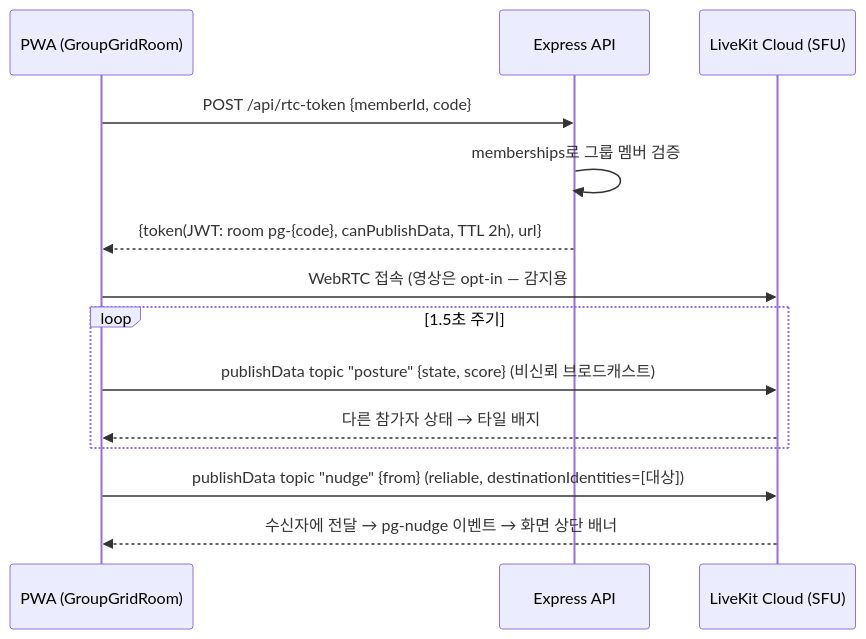
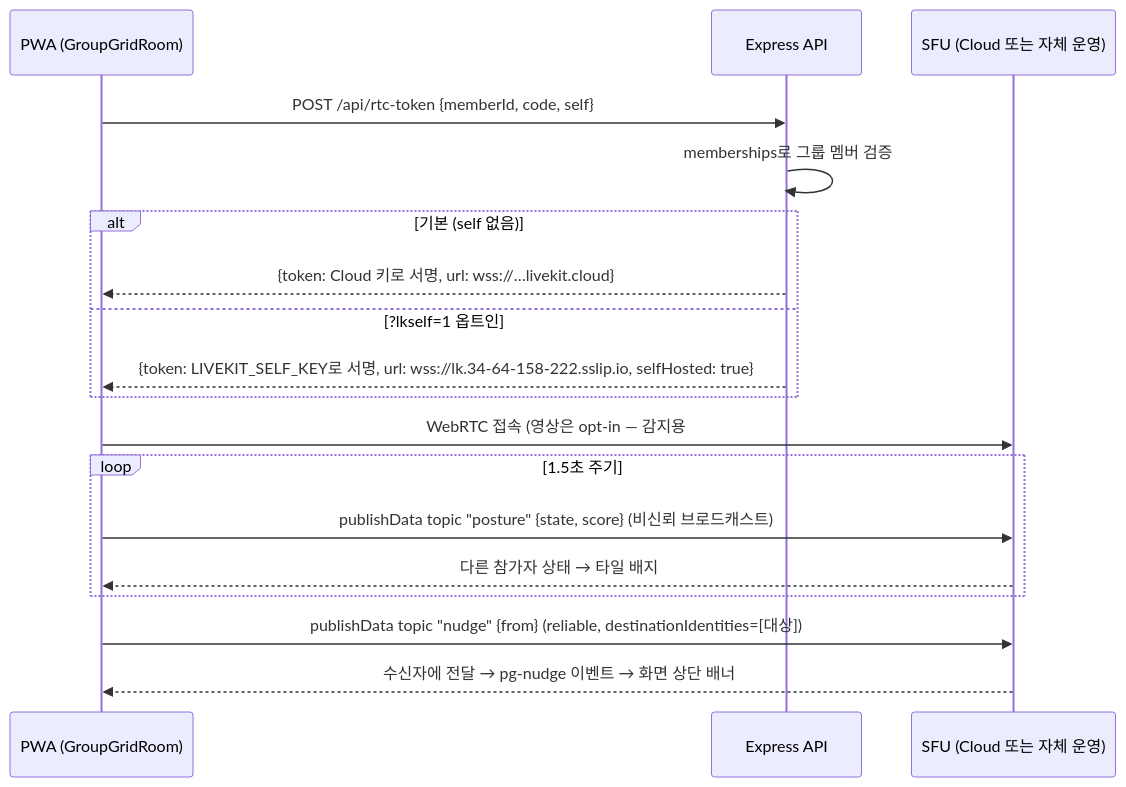
Before and after one commit to jungwon123/posture-guard: the fourth of 4 diagrams in docs/시스템-아키텍처.md, drawn with Mermaid. The commit also changed other lines of this file, not shown here.

First line of the commit message:
docs: 아키텍처 문서에 LiveKit 셀프호스팅 반영

````diff
--- a/docs/시스템-아키텍처.md
+++ b/docs/시스템-아키텍처.md
@@ -203,17 +210,21 @@
 ```mermaid
 sequenceDiagram
   participant C as PWA (GroupGridRoom)
   participant S as Express API
-  participant LK as LiveKit Cloud (SFU)
+  participant LK as SFU (Cloud 또는 자체 운영)
 
-  C->>S: POST /api/rtc-token {memberId, code}
+  C->>S: POST /api/rtc-token {memberId, code, self}
   S->>S: memberships로 그룹 멤버 검증
-  S-->>C: {token(JWT: room pg-{code}, canPublishData, TTL 2h), url}
+  alt 기본 (self 없음)
+    S-->>C: {token: Cloud 키로 서명, url: wss://…livekit.cloud}
+  else ?lkself=1 옵트인
+    S-->>C: {token: LIVEKIT_SELF_KEY로 서명, url: wss://lk.34-64-158-222.sslip.io, selfHosted: true}
+  end
   C->>LK: WebRTC 접속 (영상은 opt-in — 감지용 #cam 트랙 재사용)
   loop 1.5초 주기
     C->>LK: publishData topic "posture" {state, score} (비신뢰 브로드캐스트)
     LK-->>C: 다른 참가자 상태 → 타일 배지
   end
   C->>LK: publishData topic "nudge" {from} (reliable, destinationIdentities=[대상])
   LK-->>C: 수신자에 전달 → pg-nudge 이벤트 → 화면 상단 배너
 ```
````
